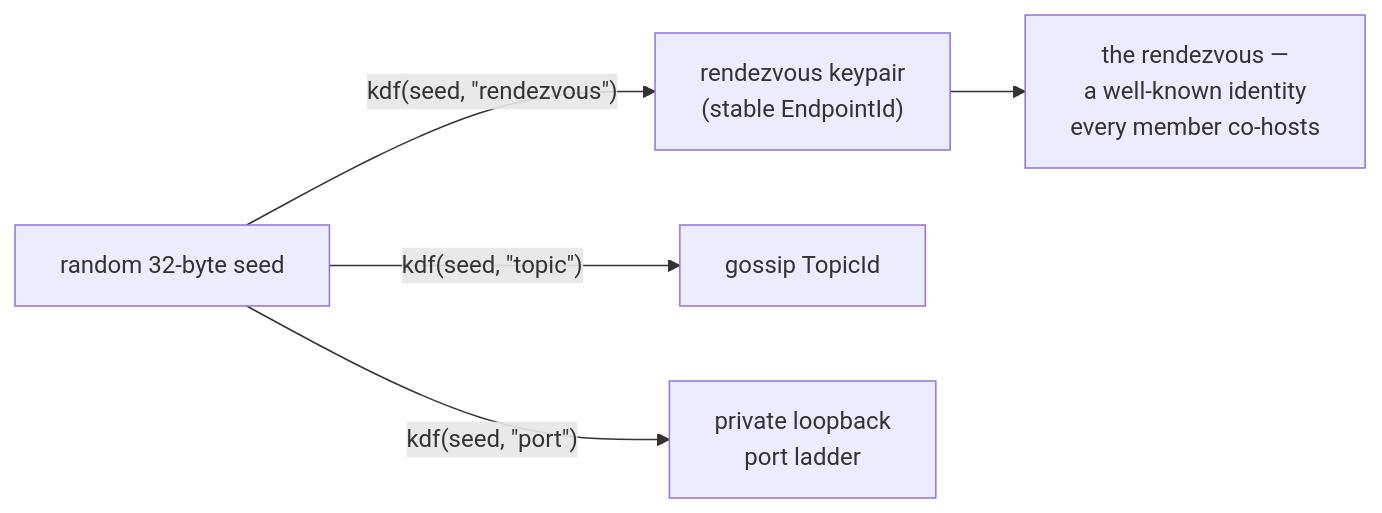
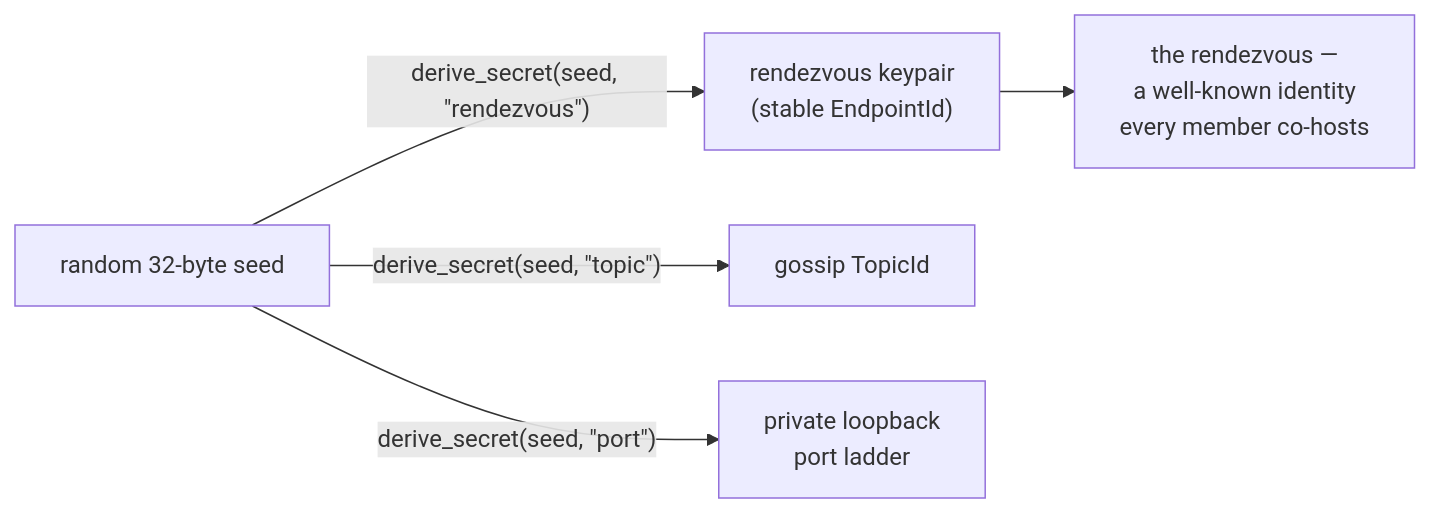
Before and after one commit to agent-habilis/agent-gossip: the first of 6 diagrams in docs/discovery.md, drawn with Mermaid. The commit also changed other lines of this file and 13 other files, not shown here.

````diff
--- a/docs/discovery.md
+++ b/docs/discovery.md
@@ -46,8 +46,8 @@
 ```mermaid
 flowchart LR
     S["random 32-byte seed"]
-    S -->|"kdf(seed, &quot;rendezvous&quot;)"| K["rendezvous keypair<br/>(stable EndpointId)"]
-    S -->|"kdf(seed, &quot;topic&quot;)"| T["gossip TopicId"]
-    S -->|"kdf(seed, &quot;port&quot;)"| L["private loopback<br/>port ladder"]
+    S -->|"derive_secret(seed, &quot;rendezvous&quot;)"| K["rendezvous keypair<br/>(stable EndpointId)"]
+    S -->|"derive_secret(seed, &quot;topic&quot;)"| T["gossip TopicId"]
+    S -->|"derive_secret(seed, &quot;port&quot;)"| L["private loopback<br/>port ladder"]
     K --> R["the rendezvous —<br/>a well-known identity<br/>every member co-hosts"]
 ```
````
